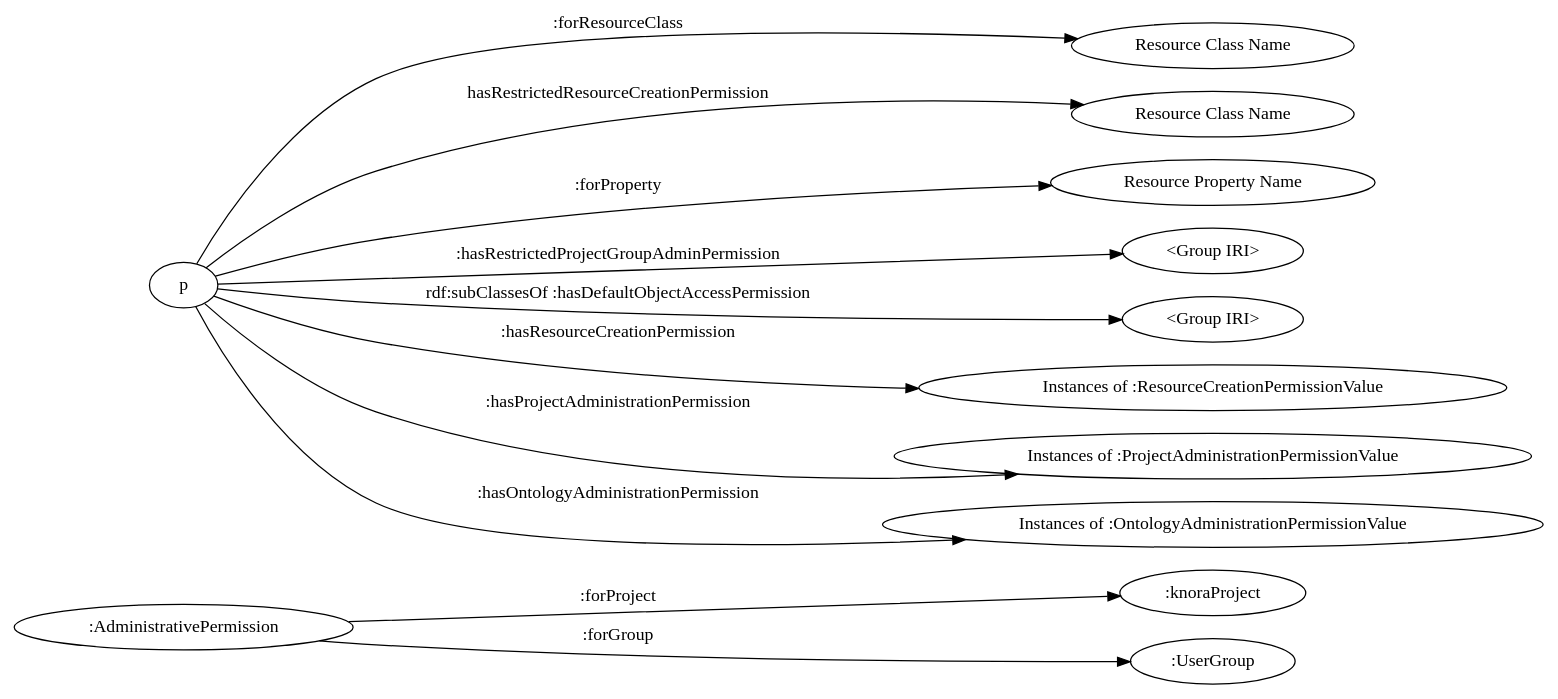
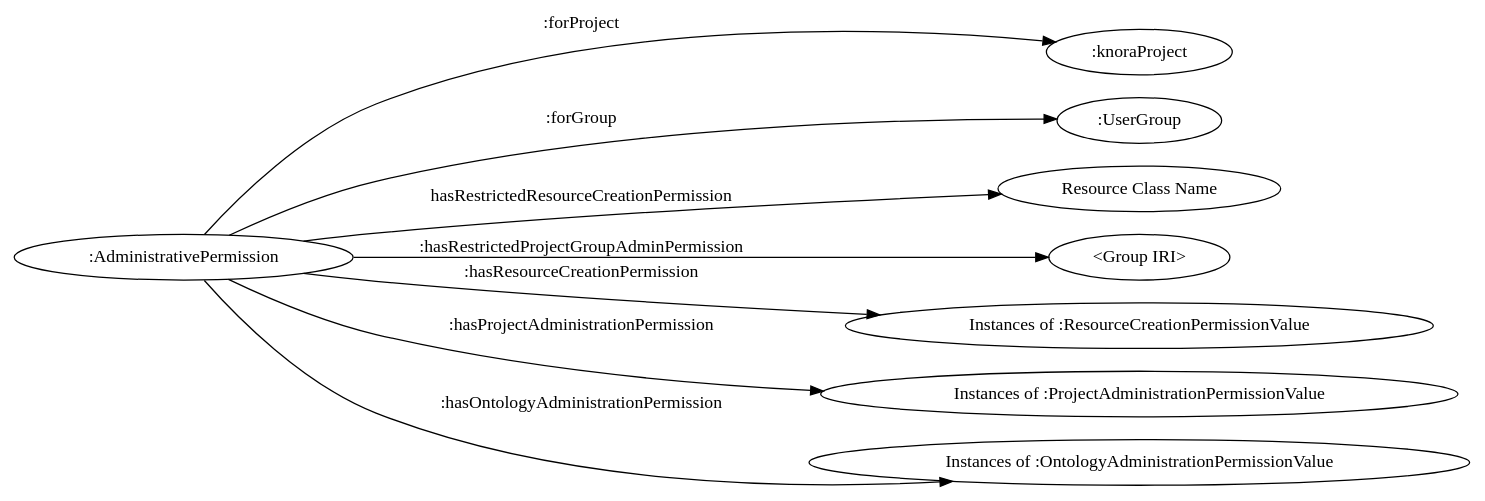
One commit to dasch-swiss/dsp-api changed the fourth of 8 diagrams in docs/rst/knora-api-server/design-documentation/administration.rst. Above: the diagram before and after it, drawn with Graphviz. The commit also changed other lines of this file, not shown here.

Commit message:
docs (webapi): permissions (ongoing)

```diff
--- a/docs/rst/knora-api-server/design-documentation/administration.rst
+++ b/docs/rst/knora-api-server/design-documentation/administration.rst
@@ -389,30 +390,23 @@
 .. graphviz::
 
-   digraph permissions {
+   digraph AdministrativePermissions {
      rankdir="LR"
      
      ap [label=":AdministrativePermission"]
-     np [label=":knoraProject"]
+     kp [label=":knoraProject"]
      ug [label=":UserGroup"]
-     rc1 [label="Resource Class Name"]
-     rc2 [label="Resource Class Name"]
-     pr [label="Resource Property Name"]
+     rc [label="Resource Class Name"]
      
-     g1 [label="<Group IRI>"]
-     g2 [label="<Group IRI>"]
+     g [label="<Group IRI>"]
      
-     ap -> np [ label=":forProject" ]
+     ap -> kp [ label=":forProject" ]
      ap -> ug [ label=":forGroup" ]
-     p -> rc1 [ label=":forResourceClass" ]
-     p -> pr [ label=":forProperty" ]
      
-     p -> "Instances of :ResourceCreationPermissionValue" [ label=":hasResourceCreationPermission" ]
-     p -> rc2 [ label="hasRestrictedResourceCreationPermission" ]
+     ap -> "Instances of :ResourceCreationPermissionValue" [ label=":hasResourceCreationPermission" ]
+     ap -> rc [ label="hasRestrictedResourceCreationPermission" ]
      
-     p -> "Instances of :ProjectAdministrationPermissionValue" [ label=":hasProjectAdministrationPermission" ]
-     p -> g1 [ label=":hasRestrictedProjectGroupAdminPermission" ]
+     ap -> "Instances of :ProjectAdministrationPermissionValue" [ label=":hasProjectAdministrationPermission" ]
+     ap -> g [ label=":hasRestrictedProjectGroupAdminPermission" ]
      
-     p -> "Instances of :OntologyAdministrationPermissionValue" [ label=":hasOntologyAdministrationPermission" ]
-     
-     p -> g2 [ label="rdf:subClassesOf :hasDefaultObjectAccessPermission"]
+     ap -> "Instances of :OntologyAdministrationPermissionValue" [ label=":hasOntologyAdministrationPermission" ]
    }
```
